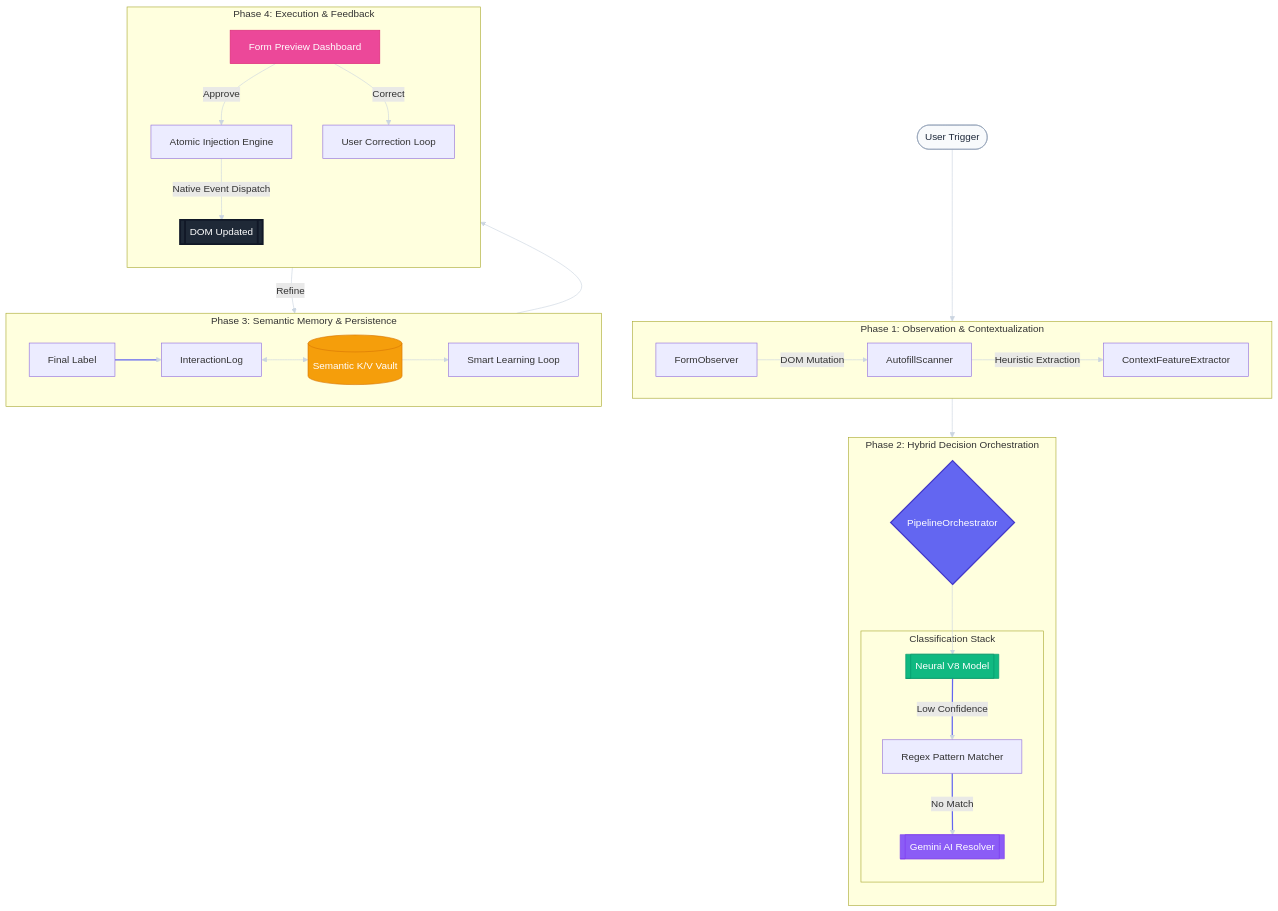
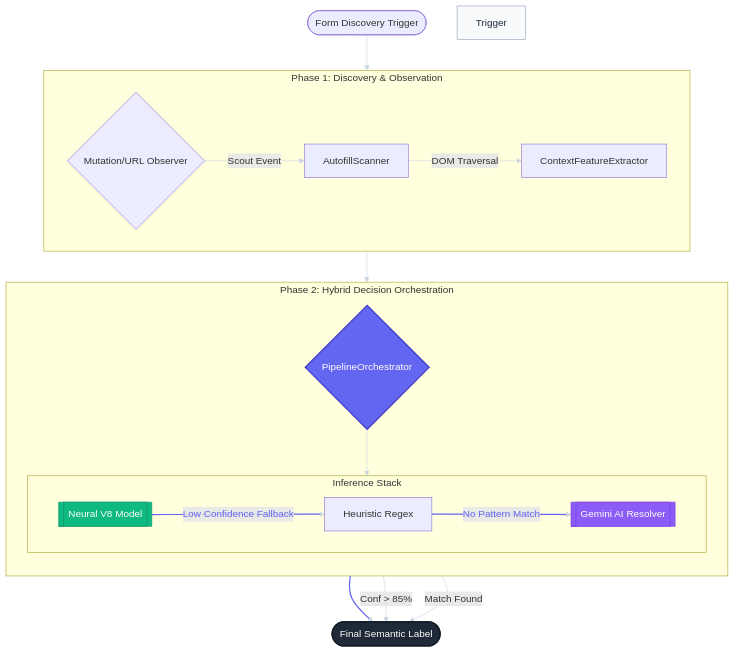
Before and after one commit to SmartHireX/smart-ai-job-apply: the first of 3 diagrams in ARCHITECTURE.md, drawn with Mermaid. The commit also changed other lines of this file, not shown here.

Commit message:
docs: correct architectural inaccuracies in diagrams

````diff
--- a/ARCHITECTURE.md
+++ b/ARCHITECTURE.md
@@ -7,56 +11,42 @@
 ```mermaid
 flowchart TD
     %% Node Definitions
-    Start([User Trigger]) --> Obs
+    Discovery([Form Discovery Trigger]) --> Signal
     
-    subgraph Layer1 [Phase 1: Observation & Contextualization]
+    subgraph Detection [Phase 1: Discovery & Observation]
         direction LR
-        Obs[FormObserver] -->|DOM Mutation| Scan[AutofillScanner]
-        Scan -->|Heuristic Extraction| Context[ContextFeatureExtractor]
+        Signal{Mutation/URL Observer} -->|Scout Event| Scan[AutofillScanner]
+        Scan -->|DOM Traversal| FeatureEx[ContextFeatureExtractor]
     end
 
-    subgraph Layer2 [Phase 2: Hybrid Decision Orchestration]
+    subgraph Inference [Phase 2: Hybrid Decision Orchestration]
         direction TB
         Orch{PipelineOrchestrator}
         
-        subgraph Models [Classification Stack]
+        subgraph Stack [Inference Stack]
+            direction LR
             Neural[[Neural V8 Model]]
-            Heuristic[Regex Pattern Matcher]
+            Heuristic[Heuristic Regex]
             Gemini[[Gemini AI Resolver]]
         end
 
-        Context --> Orch
+        FeatureEx --> Orch
         Orch --> Neural
-        Neural -- "Low Confidence" --> Heuristic
-        Heuristic -- "No Match" --> Gemini
+        Neural -- "Low Confidence Fallback" --> Heuristic
+        Heuristic -- "No Pattern Match" --> Gemini
     end
 
-    subgraph Layer3 [Phase 3: Semantic Memory & Persistence]
-        direction LR
-        Decision[Final Label] --> Log[InteractionLog]
-        Log <--> Cache[(Semantic K/V Vault)]
-        Cache --> Learning[Smart Learning Loop]
-    end
+    Gemini --> Label([Final Semantic Label])
+    Neural -- "Conf > 85%" --> Label
+    Heuristic -- "Match Found" --> Label
 
-    subgraph Layer4 [Phase 4: Execution & Feedback]
-        direction TB
-        Learning --> Preview[Form Preview Dashboard]
-        Preview -->|Approve| Inject[Atomic Injection Engine]
-        Preview -->|Correct| Feedback[User Correction Loop]
-        Feedback -->|Refine| Cache
-        Inject -->|Native Event Dispatch| DOM[[DOM Updated]]
-    end
-
-    %% Professional Styling
+    %% Styling
+    style Trigger fill:#f8fafc,stroke:#94a3b8,color:#1e293b
     style Orch fill:#6366f1,stroke:#4338ca,color:#fff,stroke-width:2px
     style Neural fill:#10b981,stroke:#059669,color:#fff
     style Gemini fill:#8b5cf6,stroke:#7c3aed,color:#fff
-    style Cache fill:#f59e0b,stroke:#d97706,color:#fff
-    style Preview fill:#ec4899,stroke:#db2777,color:#fff
-    style DOM fill:#1f2937,stroke:#111827,color:#fff,stroke-width:3px
-    style Start fill:#f8fafc,stroke:#94a3b8,color:#1e293b
+    style Label fill:#1f2937,stroke:#111827,color:#fff,stroke-width:2px
     
-    %% Link Customization
     linkStyle default stroke:#cbd5e1,stroke-width:1px
-    linkStyle 5,6,7 stroke:#6366f1,stroke-width:2px
+    linkStyle 5,6,7 stroke:#6366f1,stroke-width:2px,color:#6366f1
 ```
````
